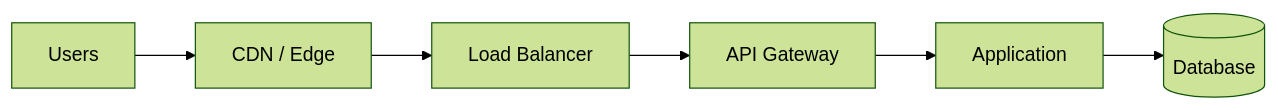
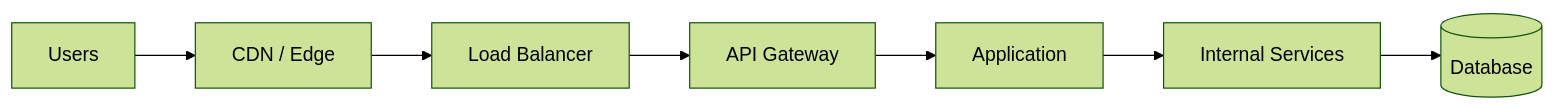
The second of 9 diagrams in 01-fundamentals/ratelimiter.md (shivi11sep/scalable-system-design), drawn with Mermaid (forest theme) before and after one commit. The commit also changed other lines of this file, not shown here.

````diff
--- a/01-fundamentals/ratelimiter.md
+++ b/01-fundamentals/ratelimiter.md
@@ -98,8 +103,9 @@
 ```mermaid
 flowchart LR
     U[Users] --> CDN[CDN / Edge]
     CDN --> LB[Load Balancer]
     LB --> GW[API Gateway]
     GW --> APP[Application]
-    APP --> DB[(Database)]
+    APP --> SVC[Internal Services]
+    SVC --> DB[(Database)]
 ```
````
